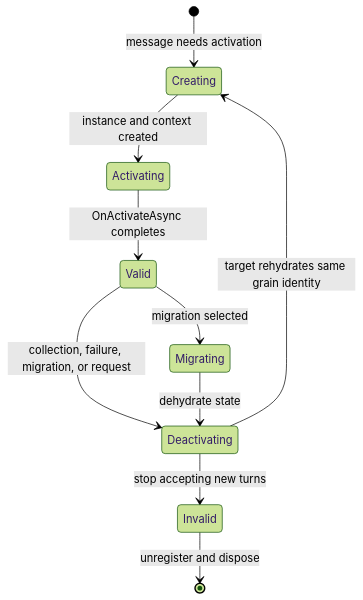
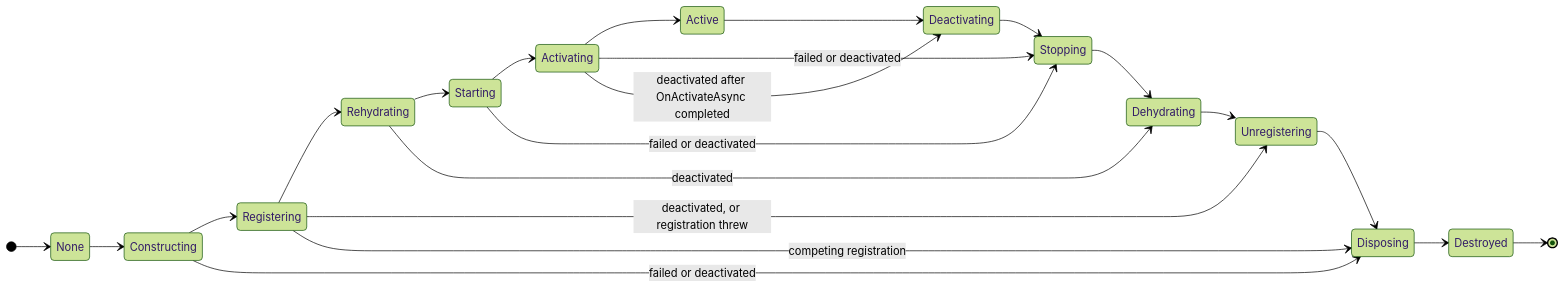
Before and after one commit to dotnet/orleans: the first of 2 diagrams in docs/site/src/content/docs/implementation/activation-lifecycle.md, drawn with Mermaid (forest theme). The commit also changed other lines of this file and 9 other files, not shown here.

````diff
--- a/docs/site/src/content/docs/implementation/activation-lifecycle.md
+++ b/docs/site/src/content/docs/implementation/activation-lifecycle.md
@@ -12,12 +12,25 @@
 ```mermaid
 stateDiagram-v2
-    [*] --> Creating: message needs activation
-    Creating --> Activating: instance and context created
-    Activating --> Valid: OnActivateAsync completes
-    Valid --> Deactivating: collection, failure, migration, or request
-    Deactivating --> Invalid: stop accepting new turns
-    Invalid --> [*]: unregister and dispose
-    Valid --> Migrating: migration selected
-    Migrating --> Deactivating: dehydrate state
-    Deactivating --> Creating: target rehydrates same grain identity
+    direction LR
+    [*] --> None
+    None --> Constructing
+    Constructing --> Registering
+    Registering --> Rehydrating
+    Rehydrating --> Starting
+    Starting --> Activating
+    Activating --> Active
+    Active --> Deactivating
+    Deactivating --> Stopping
+    Stopping --> Dehydrating
+    Dehydrating --> Unregistering
+    Unregistering --> Disposing
+    Disposing --> Destroyed
+    Destroyed --> [*]
+    Constructing --> Disposing: failed or deactivated
+    Registering --> Unregistering: deactivated, or registration threw
+    Registering --> Disposing: competing registration
+    Rehydrating --> Dehydrating: deactivated
+    Starting --> Stopping: failed or deactivated
+    Activating --> Stopping: failed or deactivated
+    Activating --> Deactivating: deactivated after OnActivateAsync completed
 ```
````
